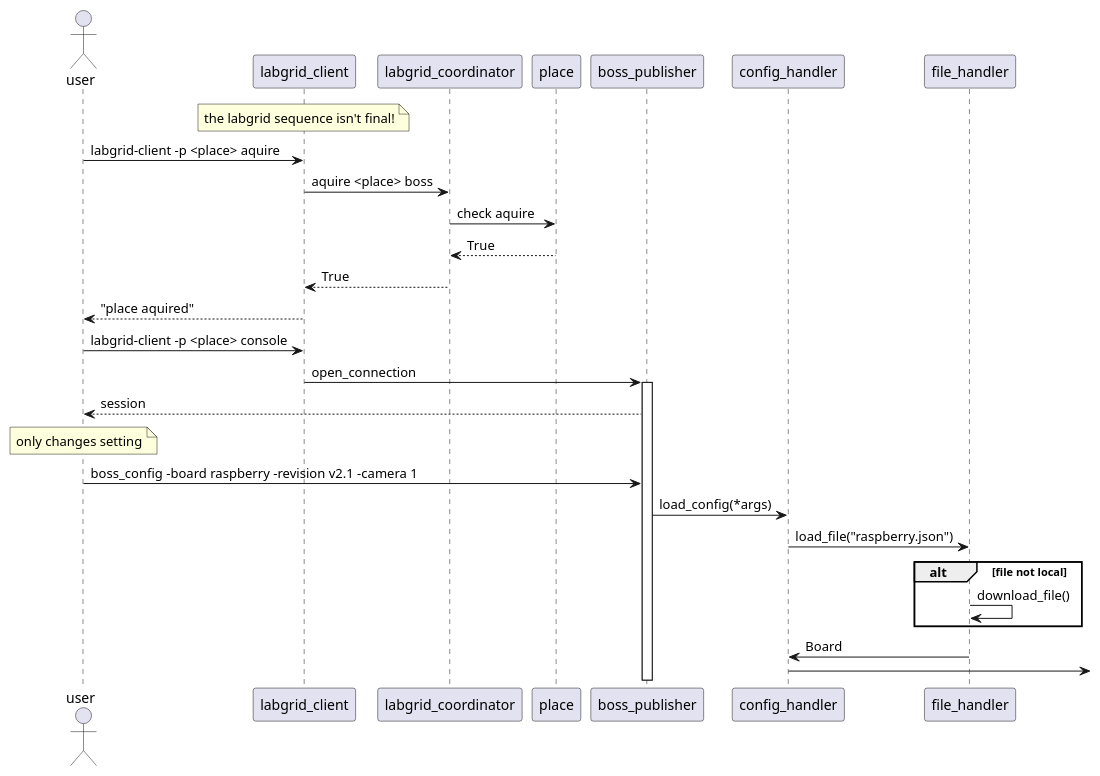
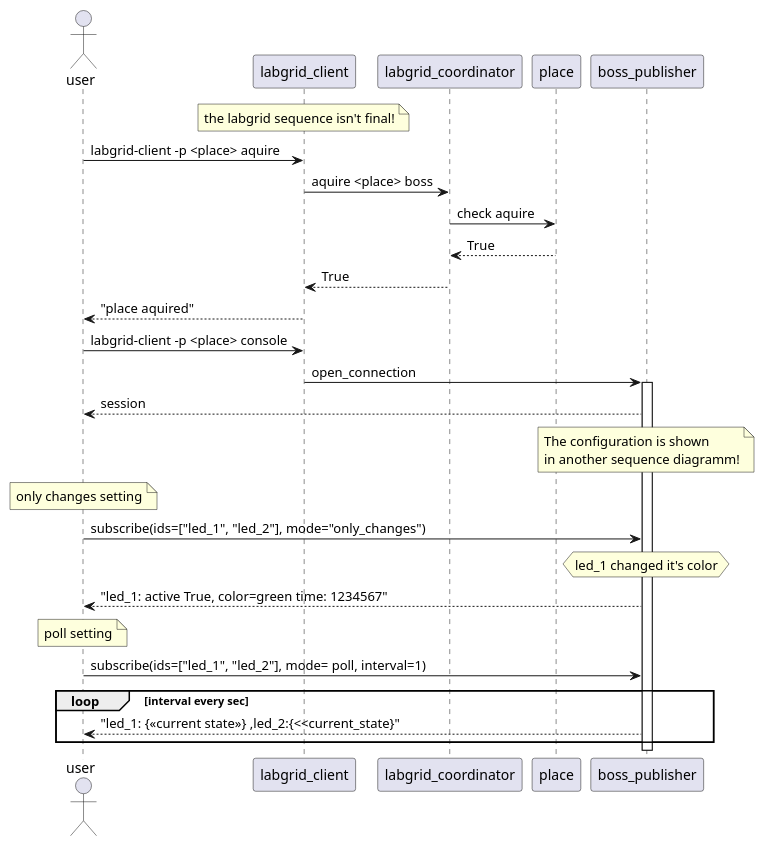
Before and after one commit to SE-Projekt-LED-Detection/LED-Detection: the diagram in docs/source/uml/Boss_Sequence.puml, drawn with PlantUML. The commit also changed 4 other files, not shown here.

```diff
--- a/docs/source/uml/Boss_Sequence.puml
+++ b/docs/source/uml/Boss_Sequence.puml
@@ -1,35 +1,40 @@
 @startuml
 
 actor user
 
 
 note over labgrid_client: the labgrid sequence isn't final!
 
 
 user -> labgrid_client: labgrid-client -p <place> aquire
 labgrid_client -> labgrid_coordinator:  aquire <place> boss
 labgrid_coordinator -> place: check aquire
 place --> labgrid_coordinator: True
 labgrid_coordinator --> labgrid_client: True
 labgrid_client --> user: "place aquired"
 user -> labgrid_client: labgrid-client -p <place> console
 labgrid_client -> boss_publisher: open_connection
 activate boss_publisher
 boss_publisher --> user: session
+note over boss_publisher
+    The configuration is shown
+    in another sequence diagramm!
+end note
+note over user: only changes setting
 
-note over user: only changes setting
-user -> boss_publisher: boss_config -board raspberry -revision v2.1 -camera 1
-boss_publisher -> config_handler: load_config(*args)
+user -> boss_publisher: subscribe(ids=["led_1", "led_2"], mode="only_changes")
 
-config_handler -> file_handler: load_file("raspberry.json")
-alt file not local
-    file_handler -> file_handler: download_file()
+hnote over boss_publisher: led_1 changed it's color
+boss_publisher --> user: "led_1: active True, color=green time: 1234567"
 
+note over user: poll setting
+
+user -> boss_publisher: subscribe(ids=["led_1", "led_2"], mode= poll, interval=1)
+
+loop interval every sec
+    boss_publisher --> user: "led_1: {<<current state>>} ,led_2:{<<current_state}"
 end
-file_handler -> config_handler: Board
-config_handler -> 
-
 
 
 
 @enduml
```
